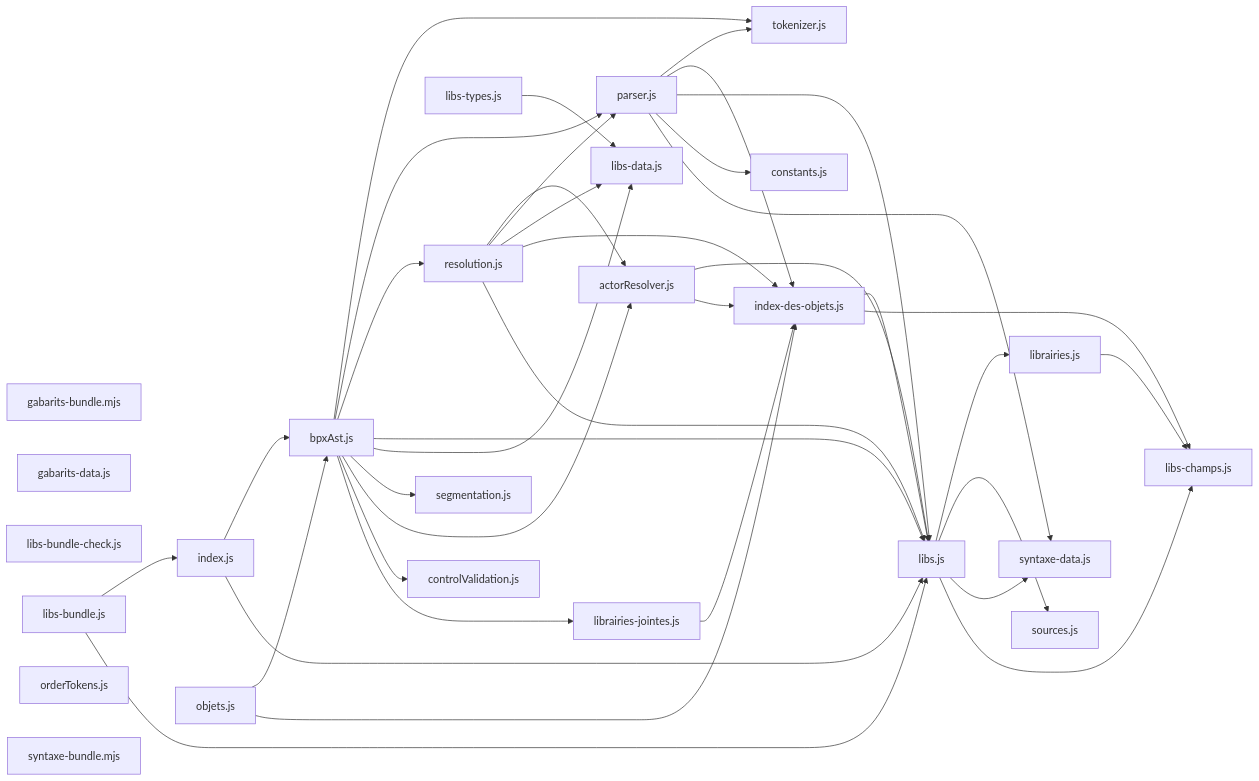
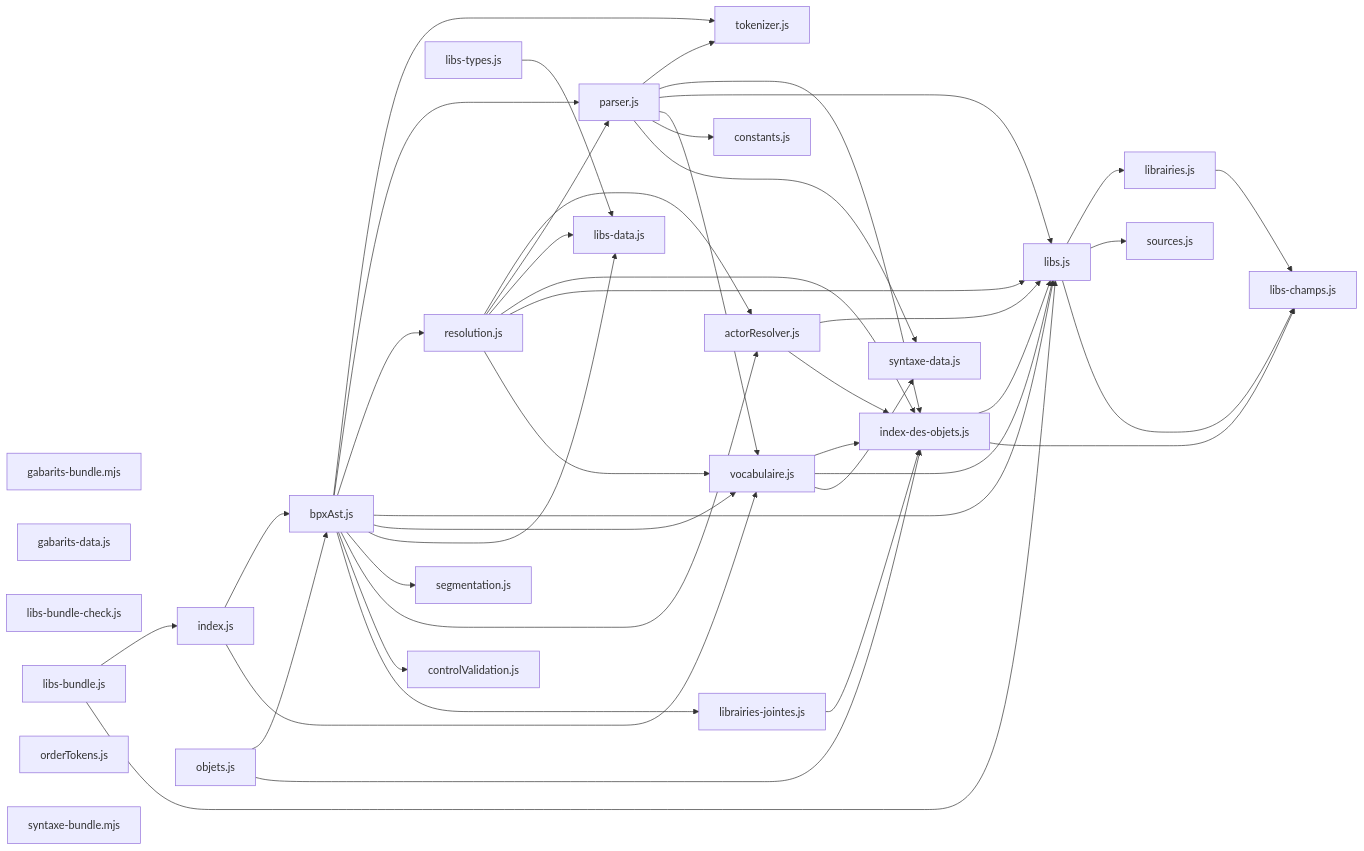
The diagram in docs/arch/carte-reel.md (roomi-fields/BPscript), drawn with Mermaid before and after one commit. The commit also changed other lines of this file and 22 other files, not shown here.

First line of the commit message:
feat(porte): le vocabulaire de l'éditeur se dérive de la porte des objets -- `describeVocabulary` quitte le chargeur

````diff
--- a/docs/arch/carte-reel.md
+++ b/docs/arch/carte-reel.md
@@ -44,64 +45,70 @@
 ```mermaid
 flowchart LR
   actorResolver_js["actorResolver.js"]
   bpxAst_js["bpxAst.js"]
   constants_js["constants.js"]
   controlValidation_js["controlValidation.js"]
   gabarits_bundle_mjs["gabarits-bundle.mjs"]
   gabarits_data_js["gabarits-data.js"]
   index_des_objets_js["index-des-objets.js"]
   index_js["index.js"]
   librairies_jointes_js["librairies-jointes.js"]
   librairies_js["librairies.js"]
   libs_bundle_check_js["libs-bundle-check.js"]
   libs_bundle_js["libs-bundle.js"]
   libs_champs_js["libs-champs.js"]
   libs_data_js["libs-data.js"]
   libs_types_js["libs-types.js"]
   libs_js["libs.js"]
   objets_js["objets.js"]
   orderTokens_js["orderTokens.js"]
   parser_js["parser.js"]
   resolution_js["resolution.js"]
   segmentation_js["segmentation.js"]
   sources_js["sources.js"]
   syntaxe_bundle_mjs["syntaxe-bundle.mjs"]
   syntaxe_data_js["syntaxe-data.js"]
   tokenizer_js["tokenizer.js"]
+  vocabulaire_js["vocabulaire.js"]
   actorResolver_js --> libs_js
   actorResolver_js --> index_des_objets_js
   bpxAst_js --> tokenizer_js
   bpxAst_js --> parser_js
   bpxAst_js --> resolution_js
   bpxAst_js --> libs_js
+  bpxAst_js --> vocabulaire_js
   bpxAst_js --> libs_data_js
   bpxAst_js --> segmentation_js
   bpxAst_js --> actorResolver_js
   bpxAst_js --> controlValidation_js
   bpxAst_js --> librairies_jointes_js
   index_des_objets_js --> libs_js
   index_des_objets_js --> libs_champs_js
   index_js --> bpxAst_js
-  index_js --> libs_js
+  index_js --> vocabulaire_js
   librairies_jointes_js --> index_des_objets_js
   librairies_js --> libs_champs_js
   libs_bundle_js --> index_js
   libs_bundle_js --> libs_js
   libs_types_js --> libs_data_js
   libs_js --> librairies_js
   libs_js --> sources_js
-  libs_js --> syntaxe_data_js
   libs_js --> libs_champs_js
   objets_js --> bpxAst_js
   objets_js --> index_des_objets_js
   parser_js --> tokenizer_js
   parser_js --> index_des_objets_js
   parser_js --> libs_js
+  parser_js --> vocabulaire_js
   parser_js --> constants_js
   parser_js --> syntaxe_data_js
   resolution_js --> actorResolver_js
   resolution_js --> parser_js
   resolution_js --> libs_data_js
   resolution_js --> index_des_objets_js
   resolution_js --> libs_js
+  resolution_js --> vocabulaire_js
+  vocabulaire_js --> index_des_objets_js
+  vocabulaire_js --> libs_js
+  vocabulaire_js --> syntaxe_data_js
 ```
````
